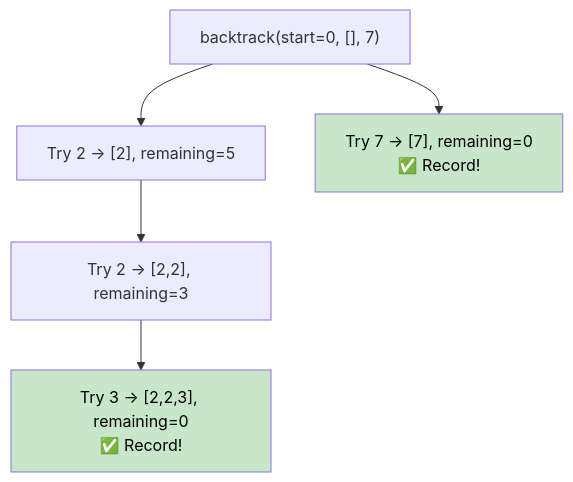
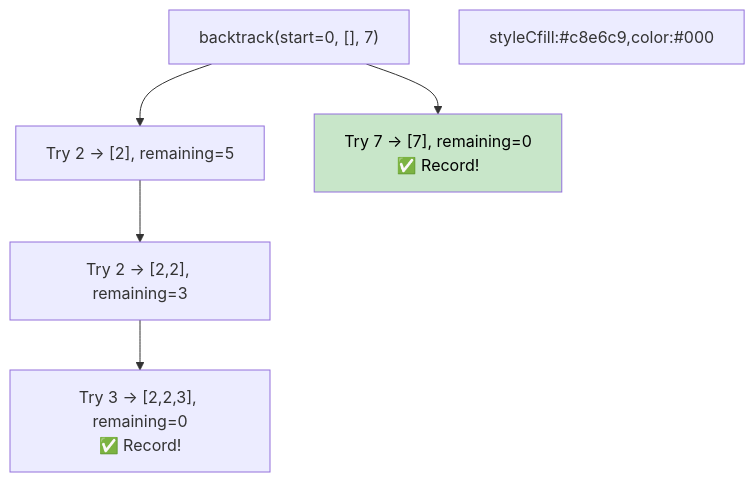
One commit to vadde/DSA changed the diagram in 25 - Backtracking/problem_01_combination_sum_walkthrough.md. Above: the diagram before and after it, drawn with Mermaid. The commit also changed 245 other files, not shown here.

First line of the commit message:
fix: Forensic fix of all Mermaid rendering issues across entire DSA repo + add pre-commit validation infrastructure

````diff
--- a/25 - Backtracking/problem_01_combination_sum_walkthrough.md
+++ b/25 - Backtracking/problem_01_combination_sum_walkthrough.md
@@ -44,14 +44,14 @@
 ```mermaid
 flowchart TD
     S["backtrack(start=0, [], 7)"]
     A["Try 2 → [2], remaining=5"]
     B["Try 2 → [2,2], remaining=3"]
     C["Try 3 → [2,2,3], remaining=0\n✅ Record!"]
     D["Try 7 → [7], remaining=0\n✅ Record!"]
     
     S --> A --> B --> C
     S --> D
-    
-    style C fill:#c8e6c9,color:#000
+
+styleCfill:#c8e6c9,color:#000
     style D fill:#c8e6c9,color:#000
 ```
````
